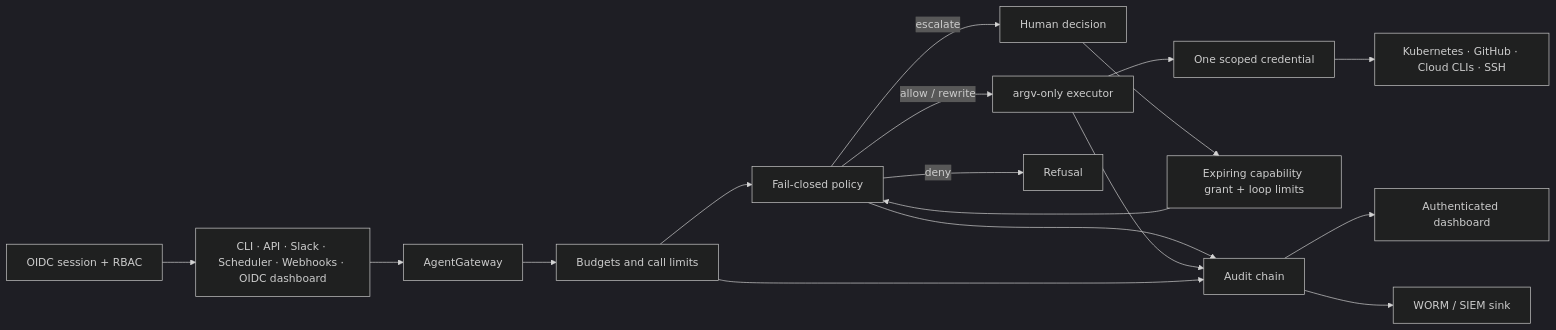
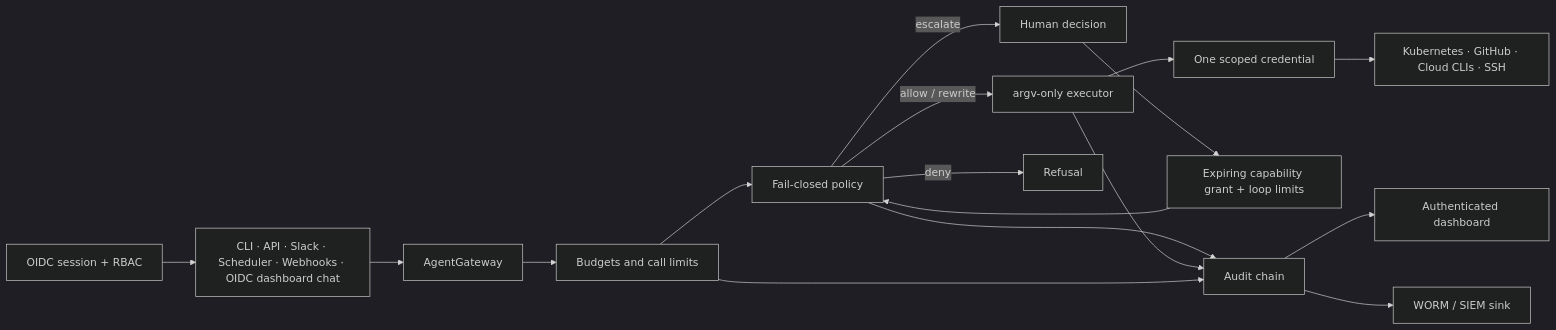
The diagram in README.md (skundu42/opendevops), drawn with Mermaid (dark theme) before and after one commit. The commit also changed other lines of this file and 29 other files, not shown here.

Commit message:
Add authenticated TypeScript dashboard chat

````diff
--- a/README.md
+++ b/README.md
@@ -139,19 +148,19 @@
 ```mermaid
 flowchart LR
-    I["CLI · API · Slack · Scheduler · Webhooks · OIDC dashboard"] --> G["AgentGateway"]
+    I["CLI · API · Slack · Scheduler · Webhooks · OIDC dashboard chat"] --> G["AgentGateway"]
     O["OIDC session + RBAC"] --> I
     G --> B["Budgets and call limits"]
     B --> P["Fail-closed policy"]
     P -->|allow / rewrite| E["argv-only executor"]
     P -->|escalate| H["Human decision"]
     P -->|deny| D["Refusal"]
     E --> C["One scoped credential"]
     X["Expiring capability grant + loop limits"] --> P
     H --> X
     C --> T["Kubernetes · GitHub · Cloud CLIs · SSH"]
     P --> A["Audit chain"]
     E --> A
     B --> A
     A --> U["Authenticated dashboard"]
     A --> W["WORM / SIEM sink"]
 ```
````
